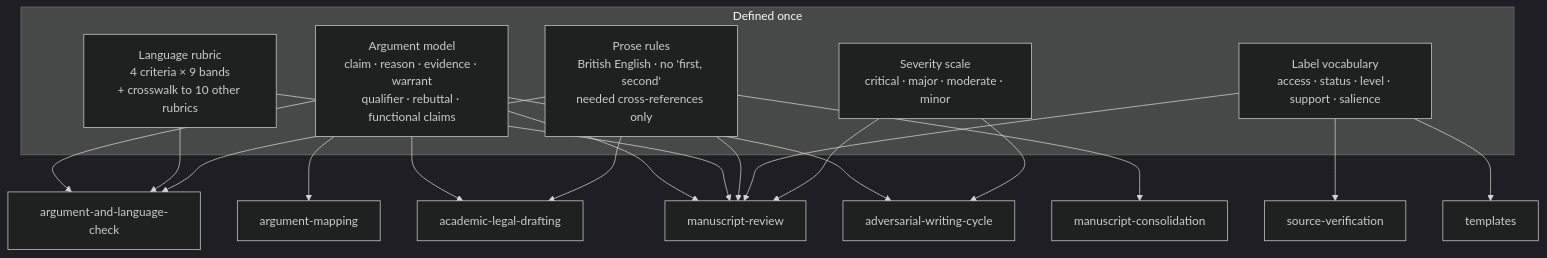
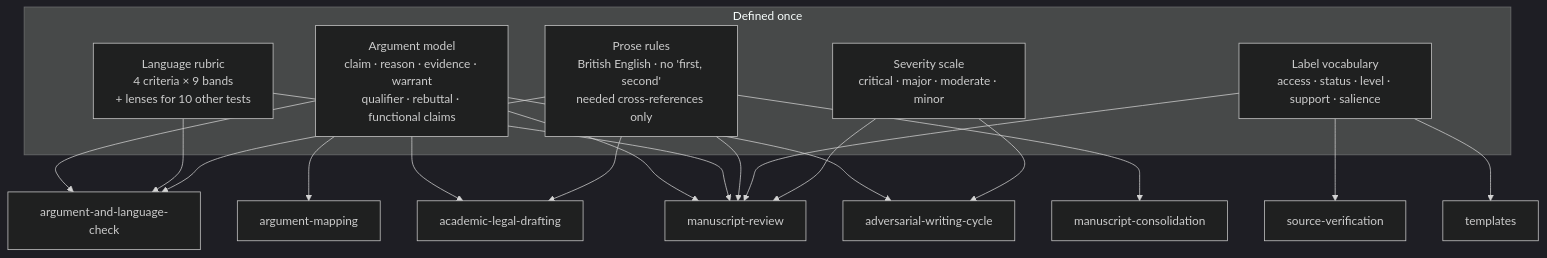
One commit to Artorivs/legal-academic-skills changed the fourth of 7 diagrams in docs/how-it-works.md. Above: the diagram before and after it, drawn with Mermaid (dark theme). The commit also changed other lines of this file and 22 other files, not shown here.

````diff
--- a/docs/how-it-works.md
+++ b/docs/how-it-works.md
@@ -80,15 +80,15 @@
 ```mermaid
 flowchart TB
     subgraph STD["Defined once"]
         AMOD["Argument model<br/>claim · reason · evidence · warrant<br/>qualifier · rebuttal · functional claims"]
-        LRUB["Language rubric<br/>4 criteria × 9 bands<br/>+ crosswalk to 10 other rubrics"]
+        LRUB["Language rubric<br/>4 criteria × 9 bands<br/>+ lenses for 10 other tests"]
         PROSE["Prose rules<br/>British English · no 'first, second'<br/>needed cross-references only"]
         LABELS["Label vocabulary<br/>access · status · level · support · salience"]
         SEV["Severity scale<br/>critical · major · moderate · minor"]
     end
     AMOD --> ALC["argument-and-language-check"] & AM["argument-mapping"] & ALD["academic-legal-drafting"] & MR["manuscript-review"] & AWC["adversarial-writing-cycle"]
     LRUB --> ALC & MR
     PROSE --> ALD & MC["manuscript-consolidation"] & MR & ALC
     LABELS --> SV["source-verification"] & MR & TPL["templates"]
     SEV --> MR & AWC
 ```
````
